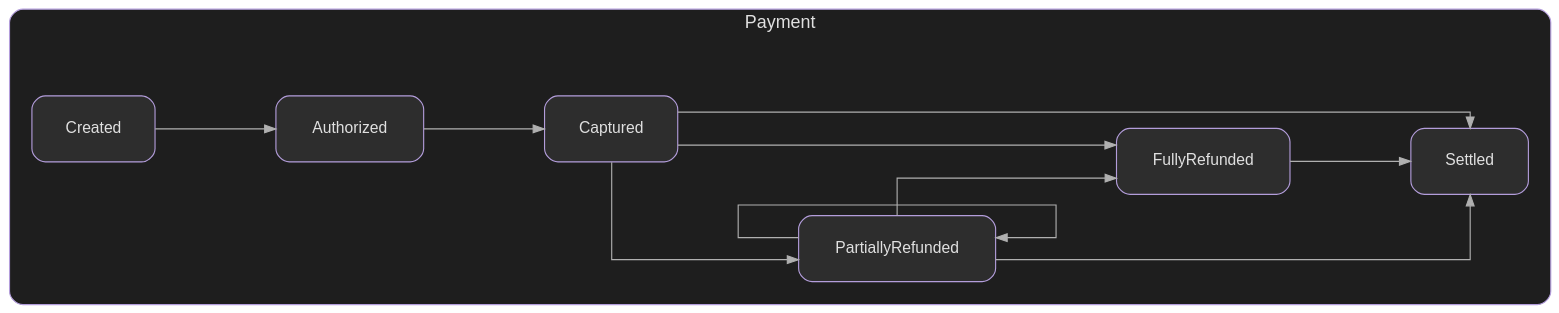
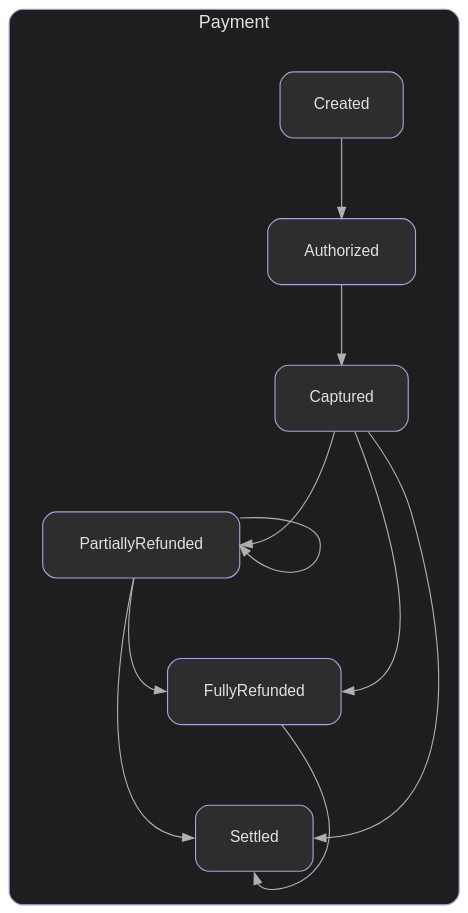
One commit to elijahr/nim-typestates changed the diagram in docs/assets/images/generated/payment.dot. Above: the diagram before and after it, drawn with Graphviz. The commit also changed 12 other files, not shown here.

First line of the commit message:
feat(cli): add splines mode and edge distribution for cleaner diagrams

```diff
--- a/docs/assets/images/generated/payment.dot
+++ b/docs/assets/images/generated/payment.dot
@@ -1,42 +1,42 @@
 digraph {
-  rankdir=LR;
-  splines=ortho;
+  rankdir=TB;
+  splines=spline;
   compound=true;
-  nodesep=0.8;
-  ranksep=1.5;
+  nodesep=1.0;
+  ranksep=1.0;
   bgcolor="transparent";
   pad=0.3;
 
   node [shape=box, style="rounded,filled", fillcolor="#2d2d2d", color="#b39ddb", fontcolor="#e0e0e0", fontname="sans-serif", fontsize=14, margin="0.4,0.3"];
   edge [fontname="sans-serif", fontsize=11, color="#b0b0b0"];
 
   subgraph cluster_Payment {
     label="Payment";
     fontname="sans-serif";
     fontsize=16;
     fontcolor="#e0e0e0";
     labelloc=t;
     style="rounded";
     color="#b39ddb";
     bgcolor="#1e1e1e";
-    margin=20;
+    margin=30;
 
     Created;
     Authorized;
     Captured;
     PartiallyRefunded;
     FullyRefunded;
     Settled;
 
     Created -> Authorized;
     Authorized -> Captured;
-    Captured -> PartiallyRefunded;
-    Captured -> FullyRefunded;
-    Captured -> Settled;
-    PartiallyRefunded -> PartiallyRefunded;
-    PartiallyRefunded -> FullyRefunded;
-    PartiallyRefunded -> Settled;
-    FullyRefunded -> Settled;
+    Captured -> PartiallyRefunded:e;
+    Captured -> FullyRefunded:e;
+    Captured -> Settled:e;
+    PartiallyRefunded -> PartiallyRefunded:e;
+    PartiallyRefunded -> FullyRefunded:w;
+    PartiallyRefunded -> Settled:w;
+    FullyRefunded -> Settled:s;
   }
 
 }
```
